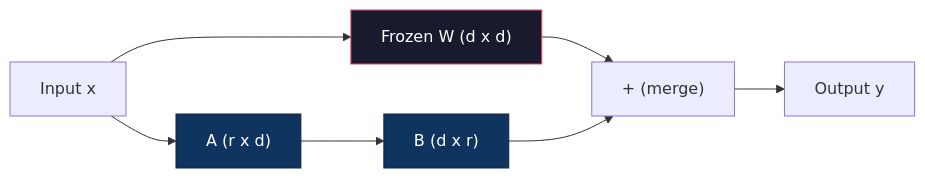
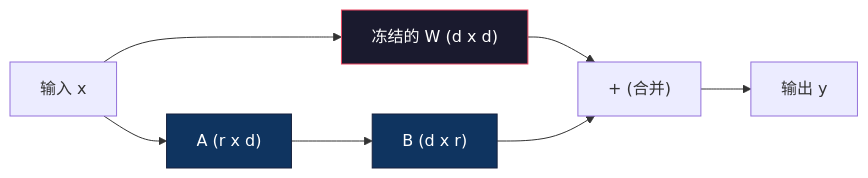
One commit to JerryC8080/ai-engineering-from-scratch-zh changed the first of 2 diagrams in phases/11-llm-engineering/08-fine-tuning-lora/docs/zh.md. Above: the diagram before and after it, drawn with Mermaid. The commit also changed other lines of this file and 156 other files, not shown here.

First line of the commit message:
i18n(zh): translate mermaid diagram labels in 157 lesson zh.md

````diff
--- a/phases/11-llm-engineering/08-fine-tuning-lora/docs/zh.md
+++ b/phases/11-llm-engineering/08-fine-tuning-lora/docs/zh.md
@@ -63,13 +63,13 @@
 ```mermaid
 graph LR
-    X["Input x"] --> W["Frozen W (d x d)"]
+    X["输入 x"] --> W["冻结的 W (d x d)"]
     X --> A["A (r x d)"]
     A --> B["B (d x r)"]
-    W --> Plus["+ (merge)"]
+    W --> Plus["+ (合并)"]
     B --> Plus
-    Plus --> Y["Output y"]
+    Plus --> Y["输出 y"]
 
     style W fill:#1a1a2e,stroke:#e94560,color:#fff
     style A fill:#0f3460,stroke:#16213e,color:#fff
     style B fill:#0f3460,stroke:#16213e,color:#fff
 ```
````
